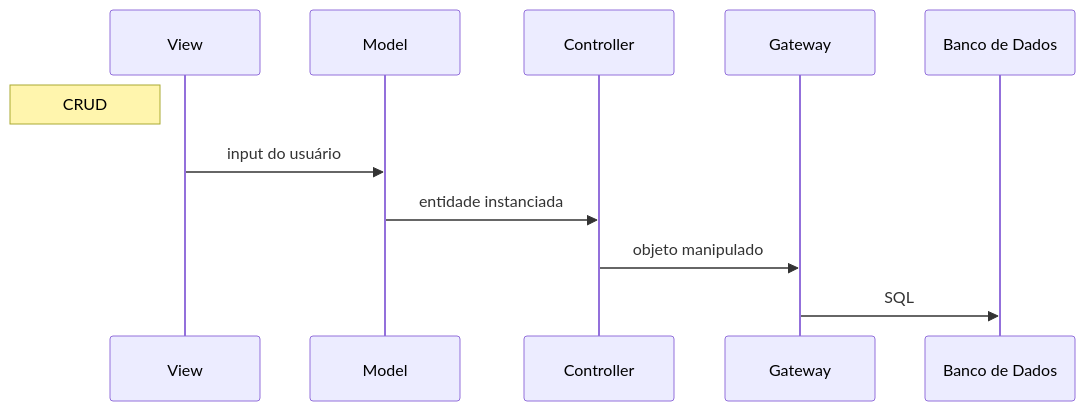
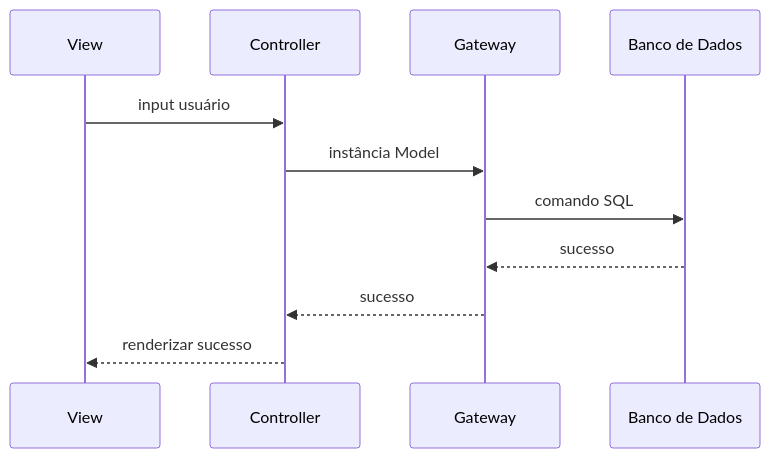
One commit to nori-marcos/clubeEsportivo changed the first of 4 diagrams in README.md. Above: the diagram before and after it, drawn with Mermaid. The commit also changed other lines of this file, not shown here.

Commit message:
Diagramas de sequencia.

````diff
--- a/README.md
+++ b/README.md
@@ -99,8 +107,9 @@
 ```mermaid
 sequenceDiagram
-    Note left of View: CRUD
-    View ->> Model: input do usuário
-    Model ->> Controller: entidade instanciada
-    Controller ->> Gateway: objeto manipulado
-    Gateway ->> Banco de Dados: SQL
+    View ->> Controller: input usuário
+    Controller ->> Gateway: instância Model
+    Gateway ->> Banco de Dados: comando SQL
+    Banco de Dados -->> Gateway: sucesso
+    Gateway -->> Controller: sucesso
+    Controller -->> View: renderizar sucesso
 ```
````
